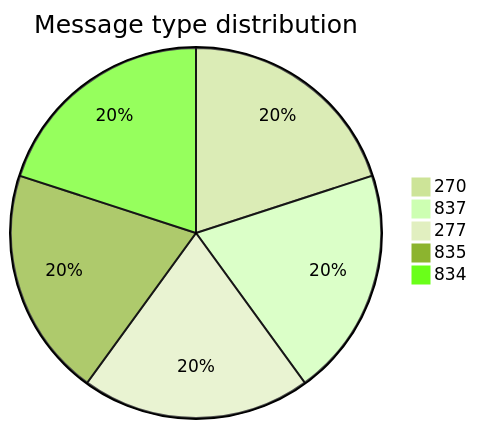
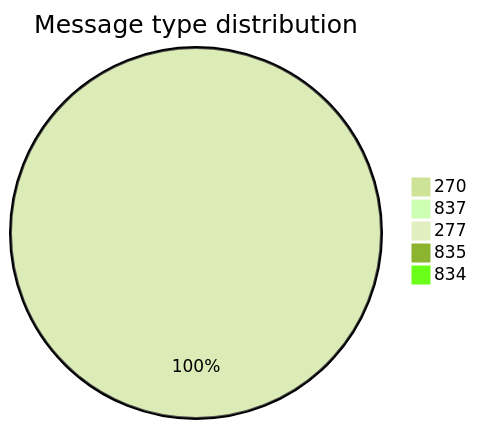
Before and after one commit to dhagan-va/intern-2025: the first of 10 diagrams in test-tools/DataGen/src/Statistics_Visualizer.md, drawn with Mermaid (forest theme). The commit also changed other lines of this file and 2 other files, not shown here.

````diff
--- a/test-tools/DataGen/src/Statistics_Visualizer.md
+++ b/test-tools/DataGen/src/Statistics_Visualizer.md
@@ -18,8 +18,8 @@
 ```mermaid
 pie title Message type distribution
-    "270" : 2016
-    "837" : 2016
-    "277" : 2016
-    "835" : 2016
-    "834" : 2016
+    "270" : 1
+    "837" : 0
+    "277" : 0
+    "835" : 0
+    "834" : 0
 ```
````
